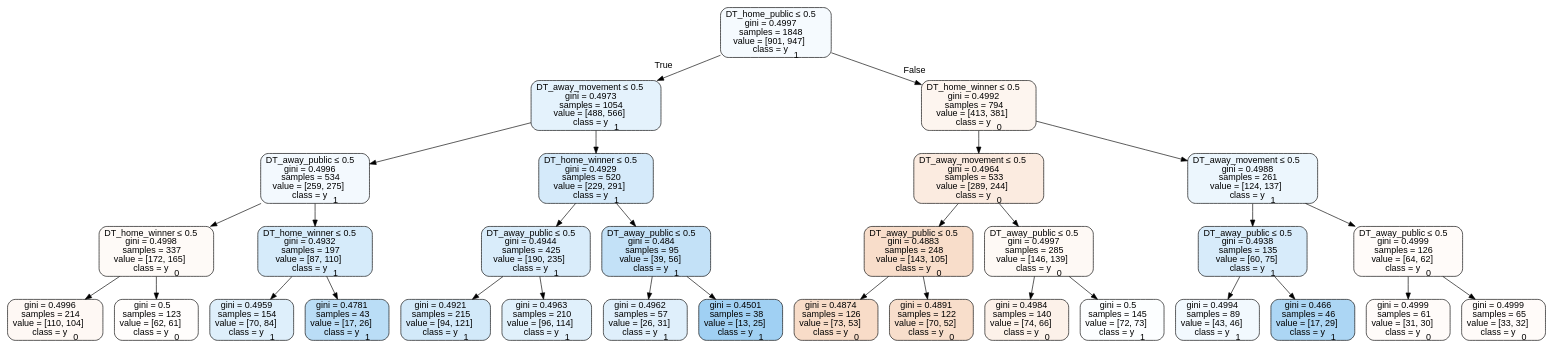
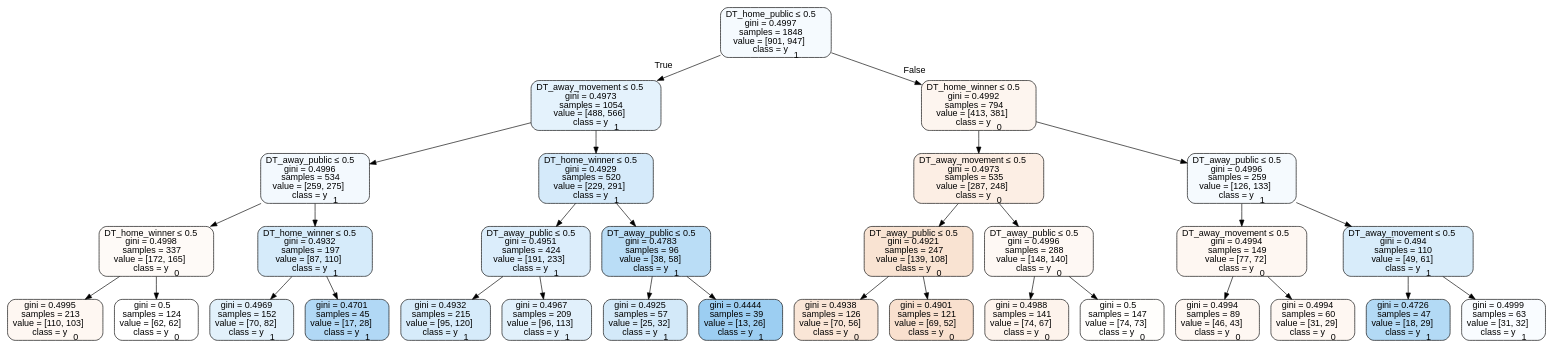
Before and after one commit to usbogie/ncaa-bets: the diagram in tree_data/tree2013neutral.dot, drawn with Graphviz. The commit also changed 32 other files, not shown here.

```diff
--- a/tree_data/tree2013neutral.dot
+++ b/tree_data/tree2013neutral.dot
@@ -1,65 +1,65 @@
 digraph Tree {
 node [shape=box, style="filled, rounded", color="black", fontname=helvetica] ;
 edge [fontname=helvetica] ;
 0 [label=<DT_home_public &le; 0.5<br/>gini = 0.4997<br/>samples = 1848<br/>value = [901, 947]<br/>class = y<SUB>1</SUB>>, fillcolor="#399de50c"] ;
 1 [label=<DT_away_movement &le; 0.5<br/>gini = 0.4973<br/>samples = 1054<br/>value = [488, 566]<br/>class = y<SUB>1</SUB>>, fillcolor="#399de523"] ;
 0 -> 1 [labeldistance=2.5, labelangle=45, headlabel="True"] ;
 2 [label=<DT_away_public &le; 0.5<br/>gini = 0.4996<br/>samples = 534<br/>value = [259, 275]<br/>class = y<SUB>1</SUB>>, fillcolor="#399de50f"] ;
 1 -> 2 ;
 3 [label=<DT_home_winner &le; 0.5<br/>gini = 0.4998<br/>samples = 337<br/>value = [172, 165]<br/>class = y<SUB>0</SUB>>, fillcolor="#e581390a"] ;
 2 -> 3 ;
-4 [label=<gini = 0.4996<br/>samples = 214<br/>value = [110, 104]<br/>class = y<SUB>0</SUB>>, fillcolor="#e581390e"] ;
+4 [label=<gini = 0.4995<br/>samples = 213<br/>value = [110, 103]<br/>class = y<SUB>0</SUB>>, fillcolor="#e5813910"] ;
 3 -> 4 ;
-5 [label=<gini = 0.5<br/>samples = 123<br/>value = [62, 61]<br/>class = y<SUB>0</SUB>>, fillcolor="#e5813904"] ;
+5 [label=<gini = 0.5<br/>samples = 124<br/>value = [62, 62]<br/>class = y<SUB>0</SUB>>, fillcolor="#e5813900"] ;
 3 -> 5 ;
 6 [label=<DT_home_winner &le; 0.5<br/>gini = 0.4932<br/>samples = 197<br/>value = [87, 110]<br/>class = y<SUB>1</SUB>>, fillcolor="#399de535"] ;
 2 -> 6 ;
-7 [label=<gini = 0.4959<br/>samples = 154<br/>value = [70, 84]<br/>class = y<SUB>1</SUB>>, fillcolor="#399de52a"] ;
+7 [label=<gini = 0.4969<br/>samples = 152<br/>value = [70, 82]<br/>class = y<SUB>1</SUB>>, fillcolor="#399de525"] ;
 6 -> 7 ;
-8 [label=<gini = 0.4781<br/>samples = 43<br/>value = [17, 26]<br/>class = y<SUB>1</SUB>>, fillcolor="#399de558"] ;
+8 [label=<gini = 0.4701<br/>samples = 45<br/>value = [17, 28]<br/>class = y<SUB>1</SUB>>, fillcolor="#399de564"] ;
 6 -> 8 ;
 9 [label=<DT_home_winner &le; 0.5<br/>gini = 0.4929<br/>samples = 520<br/>value = [229, 291]<br/>class = y<SUB>1</SUB>>, fillcolor="#399de536"] ;
 1 -> 9 ;
-10 [label=<DT_away_public &le; 0.5<br/>gini = 0.4944<br/>samples = 425<br/>value = [190, 235]<br/>class = y<SUB>1</SUB>>, fillcolor="#399de531"] ;
+10 [label=<DT_away_public &le; 0.5<br/>gini = 0.4951<br/>samples = 424<br/>value = [191, 233]<br/>class = y<SUB>1</SUB>>, fillcolor="#399de52e"] ;
 9 -> 10 ;
-11 [label=<gini = 0.4921<br/>samples = 215<br/>value = [94, 121]<br/>class = y<SUB>1</SUB>>, fillcolor="#399de539"] ;
+11 [label=<gini = 0.4932<br/>samples = 215<br/>value = [95, 120]<br/>class = y<SUB>1</SUB>>, fillcolor="#399de535"] ;
 10 -> 11 ;
-12 [label=<gini = 0.4963<br/>samples = 210<br/>value = [96, 114]<br/>class = y<SUB>1</SUB>>, fillcolor="#399de528"] ;
+12 [label=<gini = 0.4967<br/>samples = 209<br/>value = [96, 113]<br/>class = y<SUB>1</SUB>>, fillcolor="#399de526"] ;
 10 -> 12 ;
-13 [label=<DT_away_public &le; 0.5<br/>gini = 0.484<br/>samples = 95<br/>value = [39, 56]<br/>class = y<SUB>1</SUB>>, fillcolor="#399de54d"] ;
+13 [label=<DT_away_public &le; 0.5<br/>gini = 0.4783<br/>samples = 96<br/>value = [38, 58]<br/>class = y<SUB>1</SUB>>, fillcolor="#399de558"] ;
 9 -> 13 ;
-14 [label=<gini = 0.4962<br/>samples = 57<br/>value = [26, 31]<br/>class = y<SUB>1</SUB>>, fillcolor="#399de529"] ;
+14 [label=<gini = 0.4925<br/>samples = 57<br/>value = [25, 32]<br/>class = y<SUB>1</SUB>>, fillcolor="#399de538"] ;
 13 -> 14 ;
-15 [label=<gini = 0.4501<br/>samples = 38<br/>value = [13, 25]<br/>class = y<SUB>1</SUB>>, fillcolor="#399de57a"] ;
+15 [label=<gini = 0.4444<br/>samples = 39<br/>value = [13, 26]<br/>class = y<SUB>1</SUB>>, fillcolor="#399de57f"] ;
 13 -> 15 ;
 16 [label=<DT_home_winner &le; 0.5<br/>gini = 0.4992<br/>samples = 794<br/>value = [413, 381]<br/>class = y<SUB>0</SUB>>, fillcolor="#e5813914"] ;
 0 -> 16 [labeldistance=2.5, labelangle=-45, headlabel="False"] ;
-17 [label=<DT_away_movement &le; 0.5<br/>gini = 0.4964<br/>samples = 533<br/>value = [289, 244]<br/>class = y<SUB>0</SUB>>, fillcolor="#e5813928"] ;
+17 [label=<DT_away_movement &le; 0.5<br/>gini = 0.4973<br/>samples = 535<br/>value = [287, 248]<br/>class = y<SUB>0</SUB>>, fillcolor="#e5813923"] ;
 16 -> 17 ;
-18 [label=<DT_away_public &le; 0.5<br/>gini = 0.4883<br/>samples = 248<br/>value = [143, 105]<br/>class = y<SUB>0</SUB>>, fillcolor="#e5813944"] ;
+18 [label=<DT_away_public &le; 0.5<br/>gini = 0.4921<br/>samples = 247<br/>value = [139, 108]<br/>class = y<SUB>0</SUB>>, fillcolor="#e5813939"] ;
 17 -> 18 ;
-19 [label=<gini = 0.4874<br/>samples = 126<br/>value = [73, 53]<br/>class = y<SUB>0</SUB>>, fillcolor="#e5813946"] ;
+19 [label=<gini = 0.4938<br/>samples = 126<br/>value = [70, 56]<br/>class = y<SUB>0</SUB>>, fillcolor="#e5813933"] ;
 18 -> 19 ;
-20 [label=<gini = 0.4891<br/>samples = 122<br/>value = [70, 52]<br/>class = y<SUB>0</SUB>>, fillcolor="#e5813942"] ;
+20 [label=<gini = 0.4901<br/>samples = 121<br/>value = [69, 52]<br/>class = y<SUB>0</SUB>>, fillcolor="#e581393f"] ;
 18 -> 20 ;
-21 [label=<DT_away_public &le; 0.5<br/>gini = 0.4997<br/>samples = 285<br/>value = [146, 139]<br/>class = y<SUB>0</SUB>>, fillcolor="#e581390c"] ;
+21 [label=<DT_away_public &le; 0.5<br/>gini = 0.4996<br/>samples = 288<br/>value = [148, 140]<br/>class = y<SUB>0</SUB>>, fillcolor="#e581390e"] ;
 17 -> 21 ;
-22 [label=<gini = 0.4984<br/>samples = 140<br/>value = [74, 66]<br/>class = y<SUB>0</SUB>>, fillcolor="#e581391c"] ;
+22 [label=<gini = 0.4988<br/>samples = 141<br/>value = [74, 67]<br/>class = y<SUB>0</SUB>>, fillcolor="#e5813918"] ;
 21 -> 22 ;
-23 [label=<gini = 0.5<br/>samples = 145<br/>value = [72, 73]<br/>class = y<SUB>1</SUB>>, fillcolor="#399de503"] ;
+23 [label=<gini = 0.5<br/>samples = 147<br/>value = [74, 73]<br/>class = y<SUB>0</SUB>>, fillcolor="#e5813903"] ;
 21 -> 23 ;
-24 [label=<DT_away_movement &le; 0.5<br/>gini = 0.4988<br/>samples = 261<br/>value = [124, 137]<br/>class = y<SUB>1</SUB>>, fillcolor="#399de518"] ;
+24 [label=<DT_away_public &le; 0.5<br/>gini = 0.4996<br/>samples = 259<br/>value = [126, 133]<br/>class = y<SUB>1</SUB>>, fillcolor="#399de50d"] ;
 16 -> 24 ;
-25 [label=<DT_away_public &le; 0.5<br/>gini = 0.4938<br/>samples = 135<br/>value = [60, 75]<br/>class = y<SUB>1</SUB>>, fillcolor="#399de533"] ;
+25 [label=<DT_away_movement &le; 0.5<br/>gini = 0.4994<br/>samples = 149<br/>value = [77, 72]<br/>class = y<SUB>0</SUB>>, fillcolor="#e5813911"] ;
 24 -> 25 ;
-26 [label=<gini = 0.4994<br/>samples = 89<br/>value = [43, 46]<br/>class = y<SUB>1</SUB>>, fillcolor="#399de511"] ;
+26 [label=<gini = 0.4994<br/>samples = 89<br/>value = [46, 43]<br/>class = y<SUB>0</SUB>>, fillcolor="#e5813911"] ;
 25 -> 26 ;
-27 [label=<gini = 0.466<br/>samples = 46<br/>value = [17, 29]<br/>class = y<SUB>1</SUB>>, fillcolor="#399de56a"] ;
+27 [label=<gini = 0.4994<br/>samples = 60<br/>value = [31, 29]<br/>class = y<SUB>0</SUB>>, fillcolor="#e5813910"] ;
 25 -> 27 ;
-28 [label=<DT_away_public &le; 0.5<br/>gini = 0.4999<br/>samples = 126<br/>value = [64, 62]<br/>class = y<SUB>0</SUB>>, fillcolor="#e5813908"] ;
+28 [label=<DT_away_movement &le; 0.5<br/>gini = 0.494<br/>samples = 110<br/>value = [49, 61]<br/>class = y<SUB>1</SUB>>, fillcolor="#399de532"] ;
 24 -> 28 ;
-29 [label=<gini = 0.4999<br/>samples = 61<br/>value = [31, 30]<br/>class = y<SUB>0</SUB>>, fillcolor="#e5813908"] ;
+29 [label=<gini = 0.4726<br/>samples = 47<br/>value = [18, 29]<br/>class = y<SUB>1</SUB>>, fillcolor="#399de561"] ;
 28 -> 29 ;
-30 [label=<gini = 0.4999<br/>samples = 65<br/>value = [33, 32]<br/>class = y<SUB>0</SUB>>, fillcolor="#e5813908"] ;
+30 [label=<gini = 0.4999<br/>samples = 63<br/>value = [31, 32]<br/>class = y<SUB>1</SUB>>, fillcolor="#399de508"] ;
 28 -> 30 ;
 }
```
